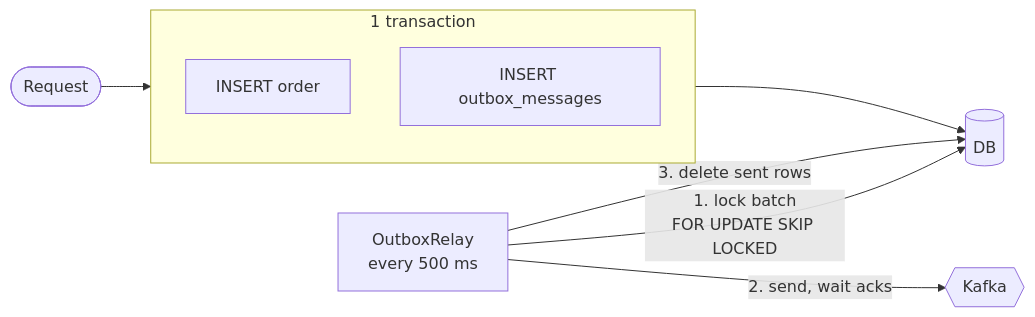
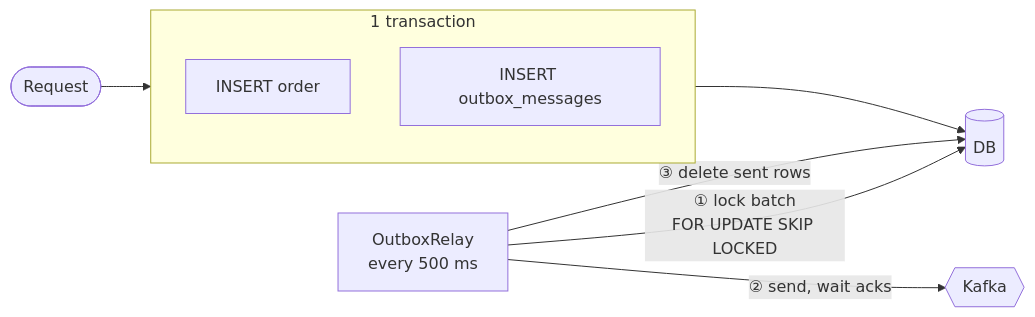
Before and after one commit to BayechouAbdelhadi/kafka-java-demo: the tenth of 22 diagrams in README.md, drawn with Mermaid. The commit also changed other lines of this file, not shown here.

Commit message:
docs: refine README.md to clarify order flow, components, and architecture details

````diff
--- a/README.md
+++ b/README.md
@@ -236,12 +229,12 @@
 ```mermaid
 flowchart LR
     REQ([Request]) --> tx
     subgraph tx["1 transaction"]
         B[INSERT order]
         E[INSERT outbox_messages]
     end
     tx --> DB[(DB)]
-    R["OutboxRelay<br/>every 500 ms"] -- "1. lock batch<br/>FOR UPDATE SKIP LOCKED" --> DB
-    R -- "2. send, wait acks" --> K{{Kafka}}
-    R -- "3. delete sent rows" --> DB
+    R["OutboxRelay<br/>every 500 ms"] -- "① lock batch<br/>FOR UPDATE SKIP LOCKED" --> DB
+    R -- "② send, wait acks" --> K{{Kafka}}
+    R -- "③ delete sent rows" --> DB
 ```
````
